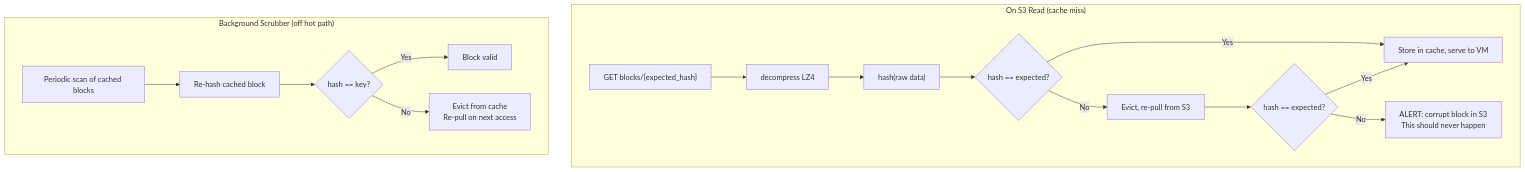
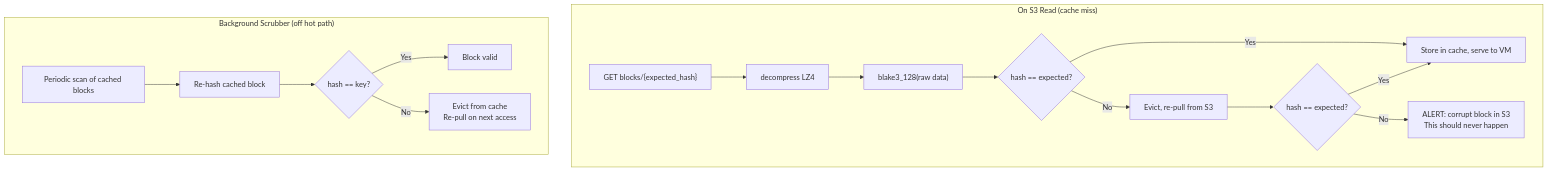
One commit to paraglidehq/glidefs changed diagram 18 of 18 in GLIDEv2.md. Above: the diagram before and after it, drawn with Mermaid. The commit also changed other lines of this file, not shown here.

````diff
--- a/GLIDEv2.md
+++ b/GLIDEv2.md
@@ -615,20 +864,20 @@
 ```mermaid
 graph TB
     subgraph "On S3 Read (cache miss)"
         PULL["GET blocks/{expected_hash}"] --> DECOMP["decompress LZ4"]
-        DECOMP --> HASH["hash(raw data)"]
+        DECOMP --> HASH["blake3_128(raw data)"]
         HASH --> CMP{"hash == expected?"}
         CMP -->|"Yes"| CACHE_STORE["Store in cache, serve to VM"]
         CMP -->|"No"| RETRY["Evict, re-pull from S3"]
         RETRY --> CMP2{"hash == expected?"}
         CMP2 -->|"Yes"| CACHE_STORE
         CMP2 -->|"No"| ALERT["ALERT: corrupt block in S3<br/>This should never happen"]
     end
 
     subgraph "Background Scrubber (off hot path)"
         SCAN["Periodic scan of cached blocks"] --> REHASH["Re-hash cached block"]
         REHASH --> VERIFY{"hash == key?"}
         VERIFY -->|"Yes"| OK["Block valid"]
         VERIFY -->|"No"| EVICT_BAD["Evict from cache<br/>Re-pull on next access"]
     end
 ```
````
